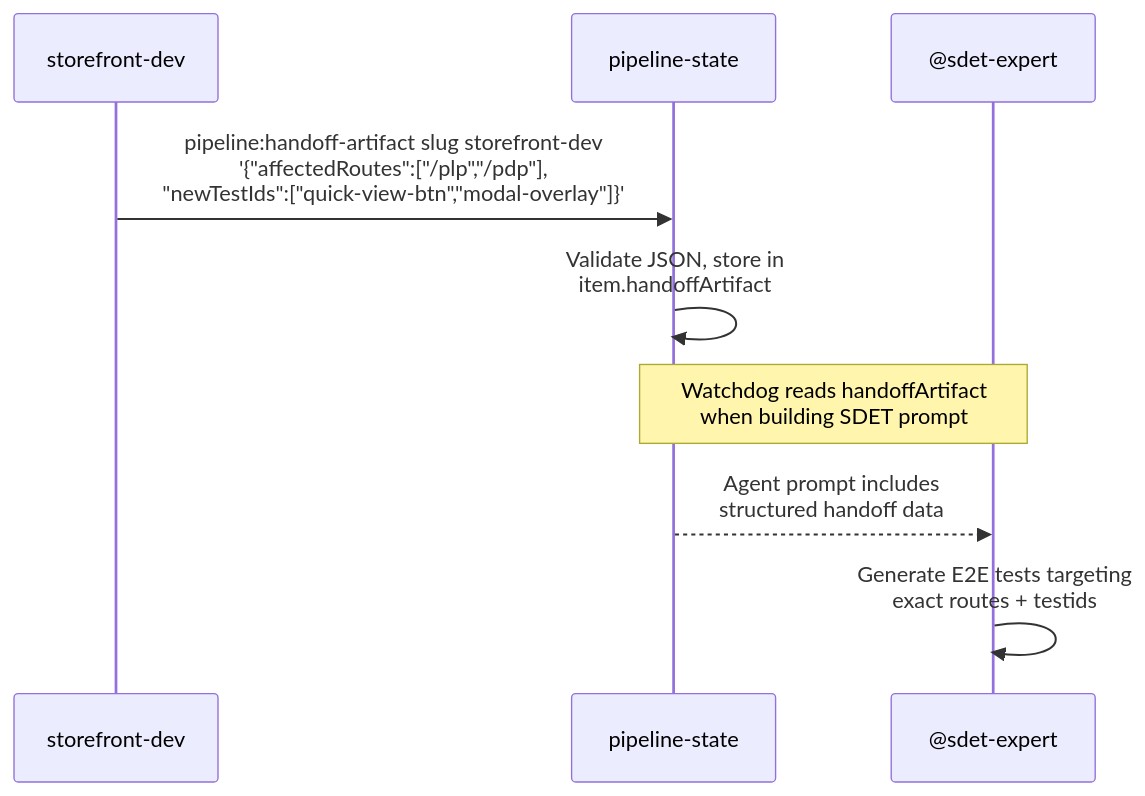
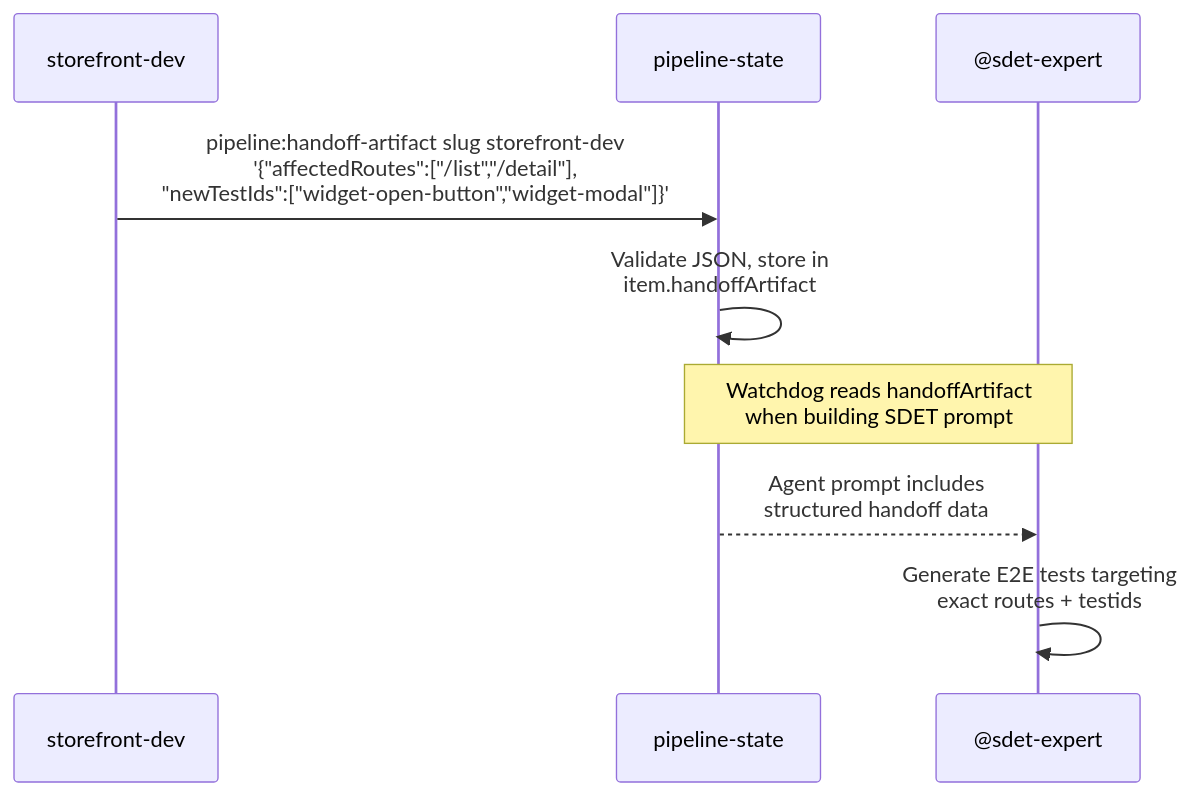
Before and after one commit to RomanKaliupinMelonusa/DAGent-t: the fifth of 9 diagrams in tools/autonomous-factory/docs/05-agents.md, drawn with Mermaid. The commit also changed 23 other files, not shown here.

````diff
--- a/tools/autonomous-factory/docs/05-agents.md
+++ b/tools/autonomous-factory/docs/05-agents.md
@@ -216,14 +216,14 @@
 ```mermaid
 sequenceDiagram
     participant SD as storefront-dev
     participant PS as pipeline-state
     participant SDET as @sdet-expert
 
-    SD->>PS: pipeline:handoff-artifact slug storefront-dev<br/>'{"affectedRoutes":["/plp","/pdp"],<br/>"newTestIds":["quick-view-btn","modal-overlay"]}'
+    SD->>PS: pipeline:handoff-artifact slug storefront-dev<br/>'{"affectedRoutes":["/list","/detail"],<br/>"newTestIds":["widget-open-button","widget-modal"]}'
     PS->>PS: Validate JSON, store in<br/>item.handoffArtifact
 
     Note over PS,SDET: Watchdog reads handoffArtifact<br/>when building SDET prompt
 
     PS-->>SDET: Agent prompt includes<br/>structured handoff data
     SDET->>SDET: Generate E2E tests targeting<br/>exact routes + testids
 ```
````
